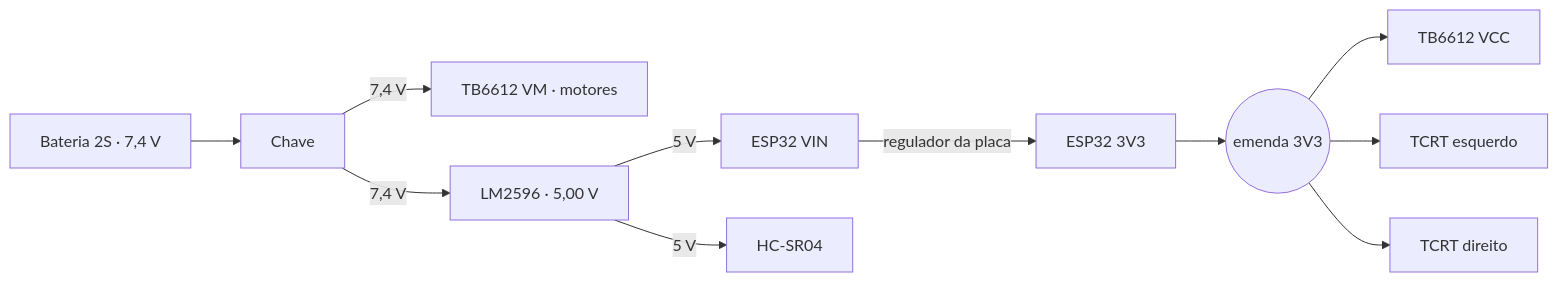
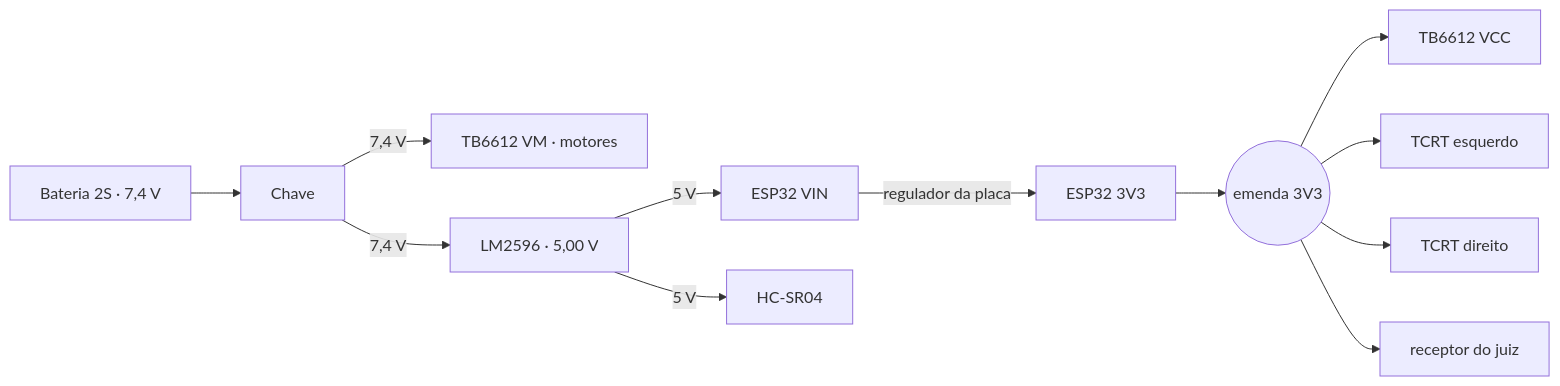
Before and after one commit to MatheusCortes02/Guerreiros-de-Realengo-Robo-sumo: the diagram in README.md, drawn with Mermaid. The commit also changed other lines of this file and 8 other files, not shown here.

Commit message:
Largada pelo controle do juiz: receptor IR de volta so para START e STOP, espera configuravel e calibracao enquanto aguarda

````diff
--- a/README.md
+++ b/README.md
@@ -144,13 +147,14 @@
 ```mermaid
 flowchart LR
   BAT["Bateria 2S · 7,4 V"] --> CH["Chave"]
   CH -->|7,4 V| VM["TB6612 VM · motores"]
   CH -->|7,4 V| LM["LM2596 · 5,00 V"]
   LM -->|5 V| VIN["ESP32 VIN"]
   LM -->|5 V| HC["HC-SR04"]
   VIN -->|regulador da placa| V33["ESP32 3V3"]
   V33 --> EM(("emenda 3V3"))
   EM --> TBV["TB6612 VCC"]
   EM --> TE["TCRT esquerdo"]
   EM --> TD["TCRT direito"]
+  EM --> IR["receptor do juiz"]
 ```
````
